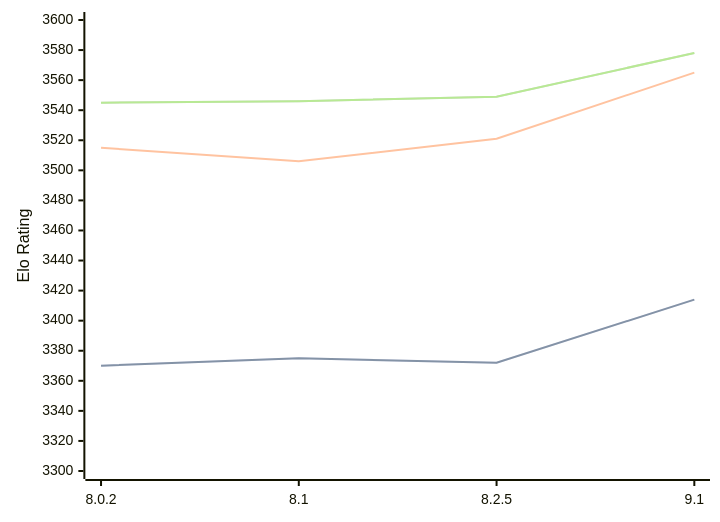
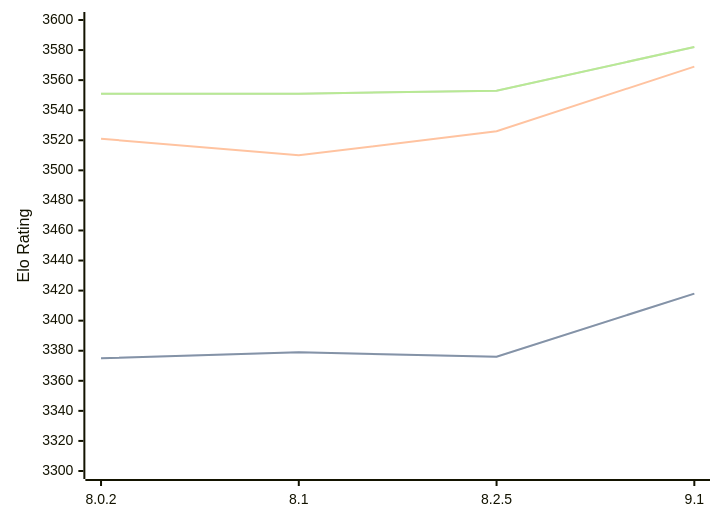
Before and after one commit to computer-chess-index/cci: the diagram in engines/Clover.md, drawn with Mermaid. The commit also changed other lines of this file, not shown here.

Commit message:
Update CCI Ratings (ELO VLTC) - 2026-04-18

````diff
--- a/engines/Clover.md
+++ b/engines/Clover.md
@@ -64,11 +64,11 @@
 ```mermaid
 %%{init: {"theme":"base","themeVariables":{"seriesColors:['#a3a3a3','#222221','#faa371']}}}%%
 xychart-beta
   x-axis ["8.0.2", "8.1", "8.2.5", "9.1"]
   y-axis "Elo Rating" 3300 --> 3600
-  line "STC (8.0+0.08s)" [3370, 3375, 3372, 3414]
-  line "STC (8.0+0.08s)" [3370, 3375, 3372, 3414]
-  line "LTC (60.0+0.60s)" [3515, 3506, 3521, 3565]
-  line "VLTC (2m24s+1.12s)" [3545, 3546, 3549, 3578]
-  line "VLTC (2m24s+1.12s)" [3545, 3546, 3549, 3578]
+  line "STC (8.0+0.08s)" [3375, 3379, 3376, 3418]
+  line "STC (8.0+0.08s)" [3375, 3379, 3376, 3418]
+  line "LTC (60.0+0.60s)" [3521, 3510, 3526, 3569]
+  line "VLTC (2m24s+1.12s)" [3551, 3551, 3553, 3582]
+  line "VLTC (2m24s+1.12s)" [3551, 3551, 3553, 3582]
 ```
````
